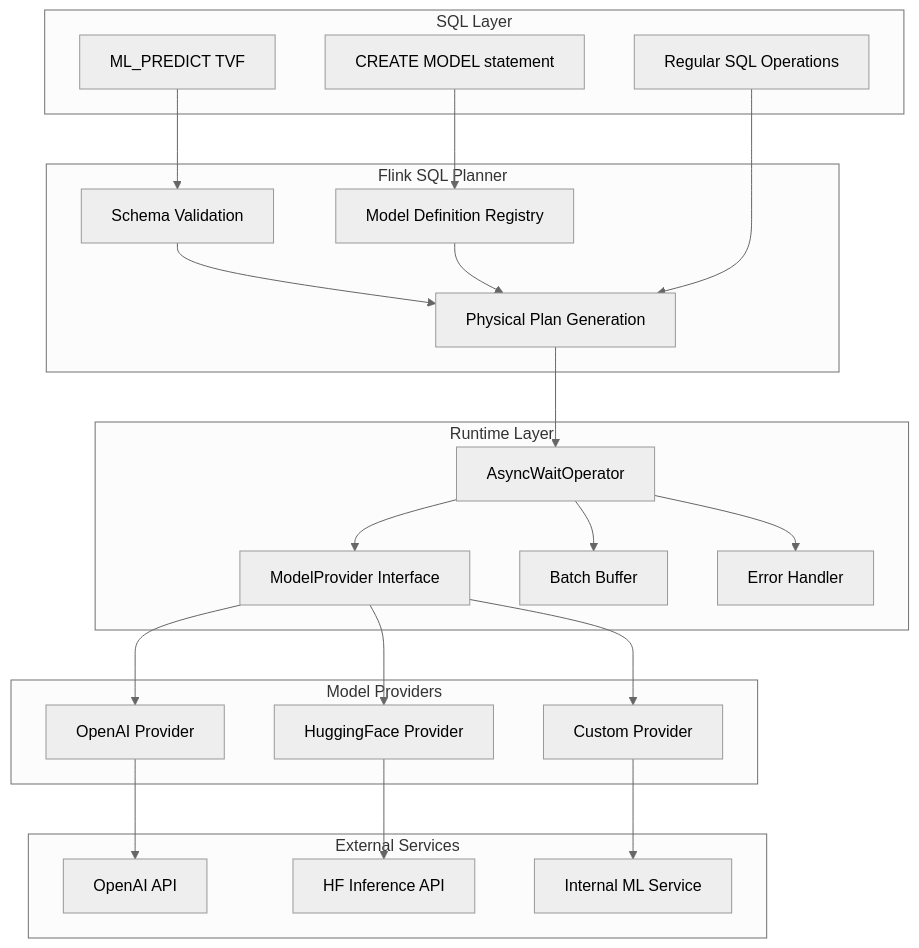
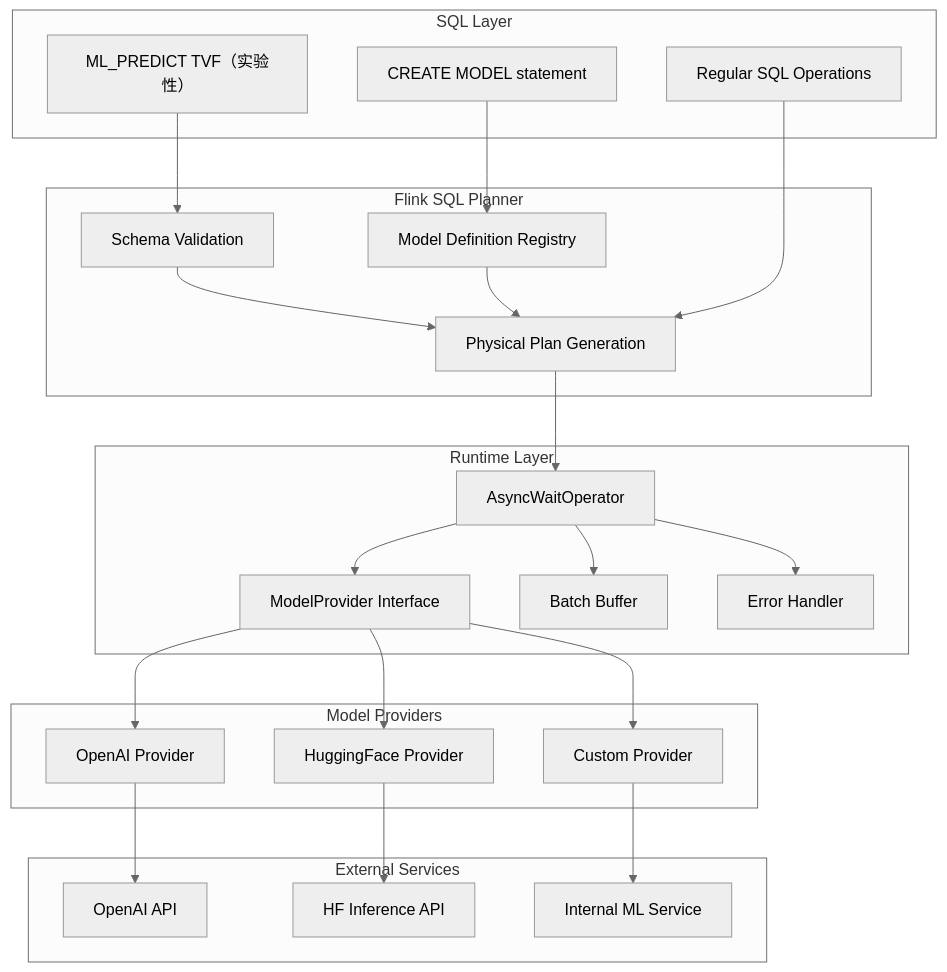
Before and after one commit to AdaMartin18010/AnalysisDataFlow: the first of 4 diagrams in Flink/03-sql-table-api/model-ddl-and-ml-predict.md, drawn with Mermaid (neutral theme). The commit also changed other lines of this file and 7 other files, not shown here.

````diff
--- a/Flink/03-sql-table-api/model-ddl-and-ml-predict.md
+++ b/Flink/03-sql-table-api/model-ddl-and-ml-predict.md
@@ -658,52 +658,52 @@
 ```mermaid
 graph TB
     subgraph SQL_Layer["SQL Layer"]
         A1[CREATE MODEL statement]
-        A2[ML_PREDICT TVF]
+        A2[ML_PREDICT TVF（实验性）]
         A3[Regular SQL Operations]
     end
 
     subgraph Planner["Flink SQL Planner"]
         B1[Model Definition Registry]
         B2[Schema Validation]
         B3[Physical Plan Generation]
     end
 
     subgraph Runtime["Runtime Layer"]
         C1[AsyncWaitOperator]
         C2[ModelProvider Interface]
         C3[Batch Buffer]
         C4[Error Handler]
     end
 
     subgraph Providers["Model Providers"]
         D1[OpenAI Provider]
         D2[HuggingFace Provider]
         D3[Custom Provider]
     end
 
     subgraph External["External Services"]
         E1[OpenAI API]
         E2[HF Inference API]
         E3[Internal ML Service]
     end
 
     A1 --> B1
     A2 --> B2
     B2 --> B3
     B1 --> B3
     B3 --> C1
     A3 --> B3
 
     C1 --> C2
     C1 --> C3
     C1 --> C4
 
     C2 --> D1
     C2 --> D2
     C2 --> D3
 
     D1 --> E1
     D2 --> E2
     D3 --> E3
 ```
````
